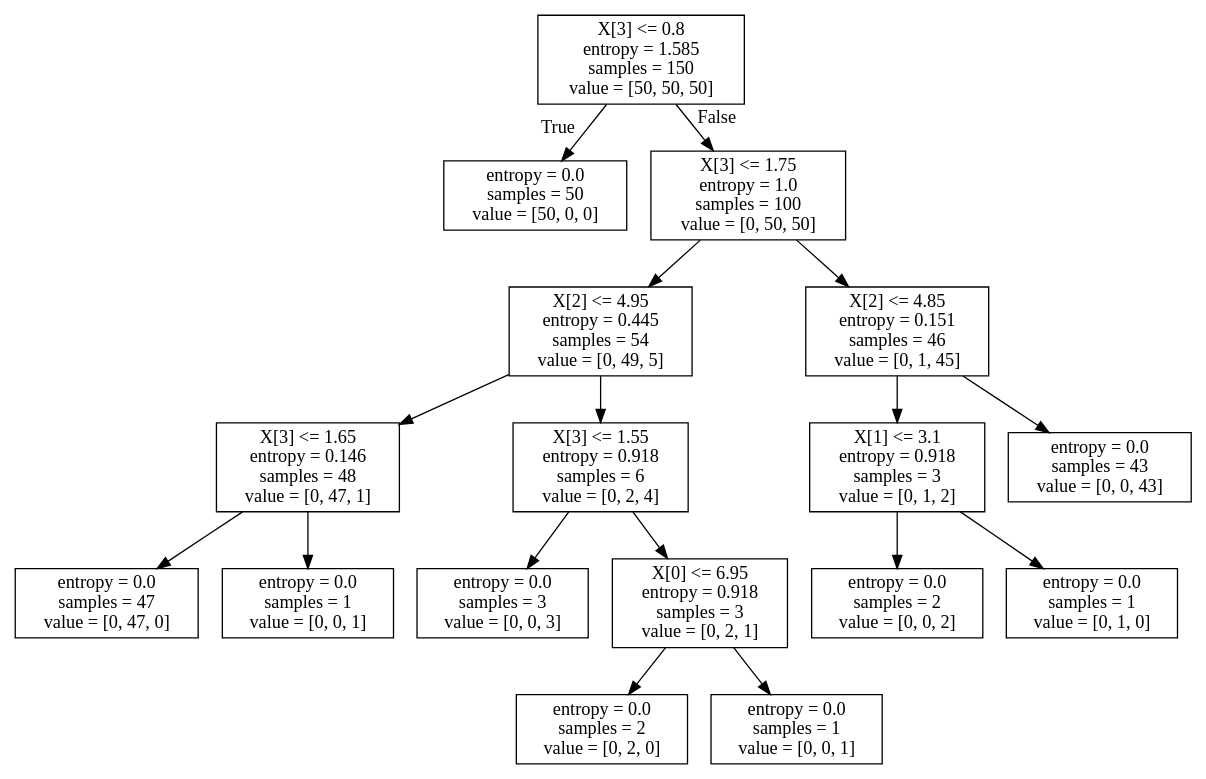
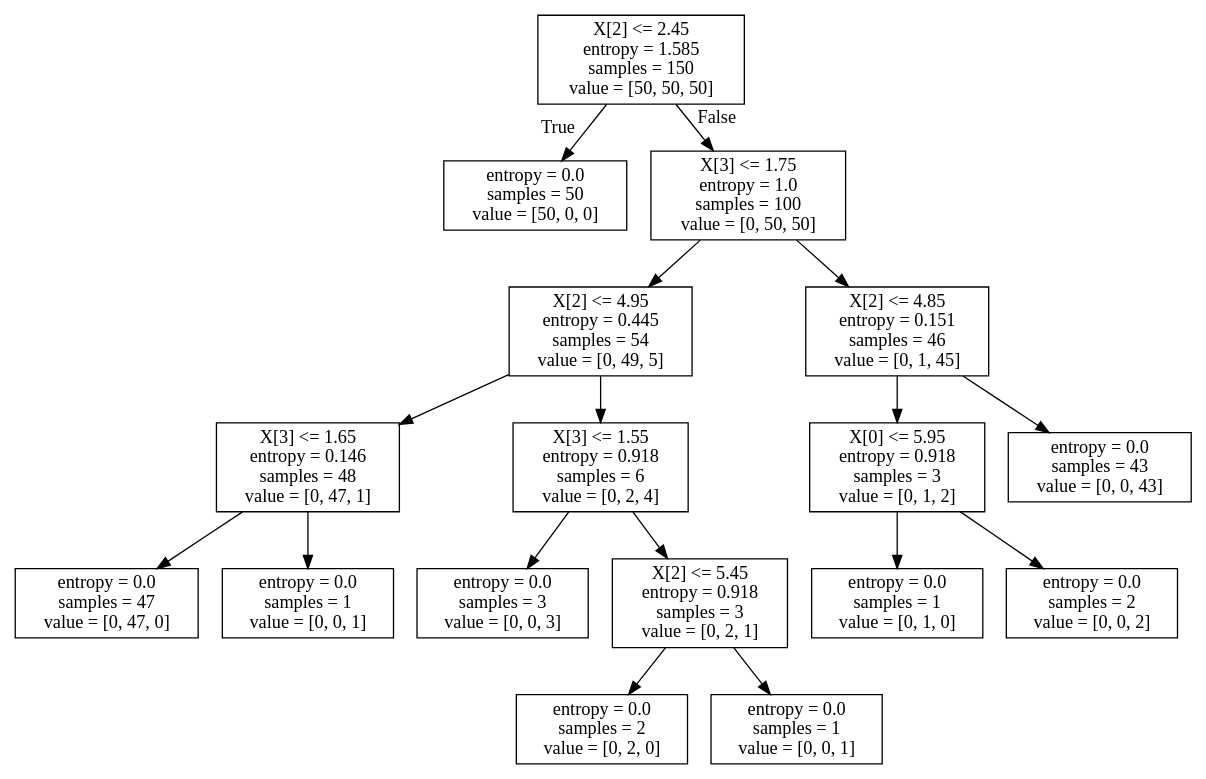
Before and after one commit to caobinxin/AiLearningAlgorithm: the diagram in 00.decision_tree/code/0_DT_Tree/tree.dot, drawn with Graphviz. The commit also changed 2 other files, not shown here.

```diff
--- a/00.decision_tree/code/0_DT_Tree/tree.dot
+++ b/00.decision_tree/code/0_DT_Tree/tree.dot
@@ -1,36 +1,36 @@
 digraph Tree {
 node [shape=box] ;
-0 [label="X[3] <= 0.8\nentropy = 1.585\nsamples = 150\nvalue = [50, 50, 50]"] ;
+0 [label="X[2] <= 2.45\nentropy = 1.585\nsamples = 150\nvalue = [50, 50, 50]"] ;
 1 [label="entropy = 0.0\nsamples = 50\nvalue = [50, 0, 0]"] ;
 0 -> 1 [labeldistance=2.5, labelangle=45, headlabel="True"] ;
 2 [label="X[3] <= 1.75\nentropy = 1.0\nsamples = 100\nvalue = [0, 50, 50]"] ;
 0 -> 2 [labeldistance=2.5, labelangle=-45, headlabel="False"] ;
 3 [label="X[2] <= 4.95\nentropy = 0.445\nsamples = 54\nvalue = [0, 49, 5]"] ;
 2 -> 3 ;
 4 [label="X[3] <= 1.65\nentropy = 0.146\nsamples = 48\nvalue = [0, 47, 1]"] ;
 3 -> 4 ;
 5 [label="entropy = 0.0\nsamples = 47\nvalue = [0, 47, 0]"] ;
 4 -> 5 ;
 6 [label="entropy = 0.0\nsamples = 1\nvalue = [0, 0, 1]"] ;
 4 -> 6 ;
 7 [label="X[3] <= 1.55\nentropy = 0.918\nsamples = 6\nvalue = [0, 2, 4]"] ;
 3 -> 7 ;
 8 [label="entropy = 0.0\nsamples = 3\nvalue = [0, 0, 3]"] ;
 7 -> 8 ;
-9 [label="X[0] <= 6.95\nentropy = 0.918\nsamples = 3\nvalue = [0, 2, 1]"] ;
+9 [label="X[2] <= 5.45\nentropy = 0.918\nsamples = 3\nvalue = [0, 2, 1]"] ;
 7 -> 9 ;
 10 [label="entropy = 0.0\nsamples = 2\nvalue = [0, 2, 0]"] ;
 9 -> 10 ;
 11 [label="entropy = 0.0\nsamples = 1\nvalue = [0, 0, 1]"] ;
 9 -> 11 ;
 12 [label="X[2] <= 4.85\nentropy = 0.151\nsamples = 46\nvalue = [0, 1, 45]"] ;
 2 -> 12 ;
-13 [label="X[1] <= 3.1\nentropy = 0.918\nsamples = 3\nvalue = [0, 1, 2]"] ;
+13 [label="X[0] <= 5.95\nentropy = 0.918\nsamples = 3\nvalue = [0, 1, 2]"] ;
 12 -> 13 ;
-14 [label="entropy = 0.0\nsamples = 2\nvalue = [0, 0, 2]"] ;
+14 [label="entropy = 0.0\nsamples = 1\nvalue = [0, 1, 0]"] ;
 13 -> 14 ;
-15 [label="entropy = 0.0\nsamples = 1\nvalue = [0, 1, 0]"] ;
+15 [label="entropy = 0.0\nsamples = 2\nvalue = [0, 0, 2]"] ;
 13 -> 15 ;
 16 [label="entropy = 0.0\nsamples = 43\nvalue = [0, 0, 43]"] ;
 12 -> 16 ;
 }
```
